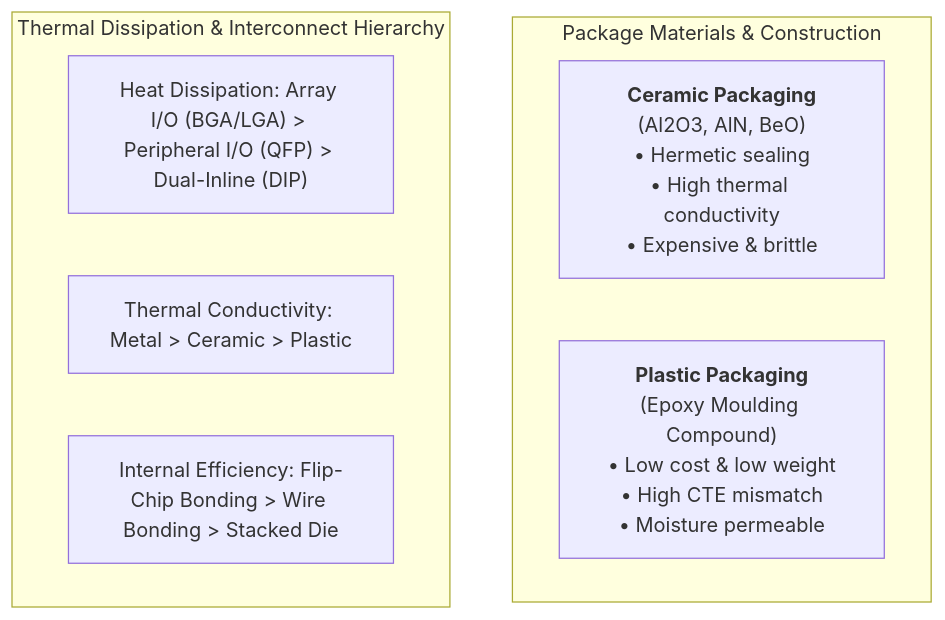
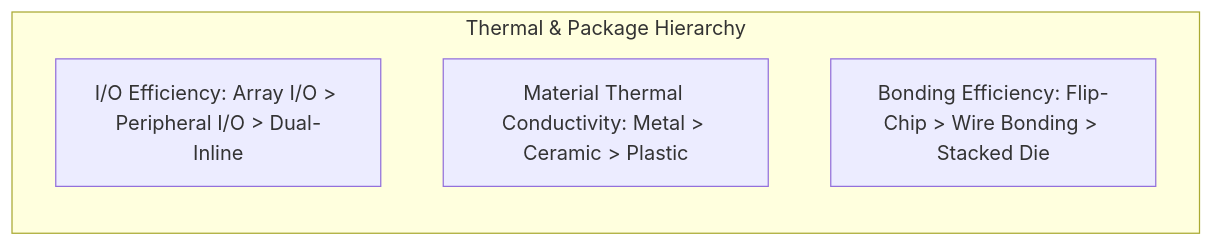
The second of 2 diagrams in Failure/IC_Packaging_Reliability_Notes.md (JeremyHow-source/Semiconductors), drawn with Mermaid before and after one commit. The commit also changed other lines of this file and 2 other files, not shown here.

Commit message:
Restructure reading notes into clean GitHub markdown format preserving 100% of original note text, tables, and visual diagrams

````diff
--- a/Failure/IC_Packaging_Reliability_Notes.md
+++ b/Failure/IC_Packaging_Reliability_Notes.md
@@ -45,12 +79,8 @@
 ```mermaid
-graph TD
-    subgraph Package_Types["Package Materials & Construction"]
-        Ceramics["<b>Ceramic Packaging</b><br/>(Al2O3, AlN, BeO)<br/>• Hermetic sealing<br/>• High thermal conductivity<br/>• Expensive & brittle"]
-        Plastics["<b>Plastic Packaging</b><br/>(Epoxy Moulding Compound)<br/>• Low cost & low weight<br/>• High CTE mismatch<br/>• Moisture permeable"]
-    end
-    subgraph Packaging_Hierarchy["Thermal Dissipation & Interconnect Hierarchy"]
-        Terminals["Heat Dissipation: Array I/O (BGA/LGA) > Peripheral I/O (QFP) > Dual-Inline (DIP)"]
-        Substrate["Thermal Conductivity: Metal > Ceramic > Plastic"]
-        Bonding["Internal Efficiency: Flip-Chip Bonding > Wire Bonding > Stacked Die"]
+graph LR
+    subgraph Dissipation_Efficiency["Thermal & Package Hierarchy"]
+        I1["I/O Efficiency: Array I/O > Peripheral I/O > Dual-Inline"]
+        M1["Material Thermal Conductivity: Metal > Ceramic > Plastic"]
+        B1["Bonding Efficiency: Flip-Chip > Wire Bonding > Stacked Die"]
     end
 ```
````
